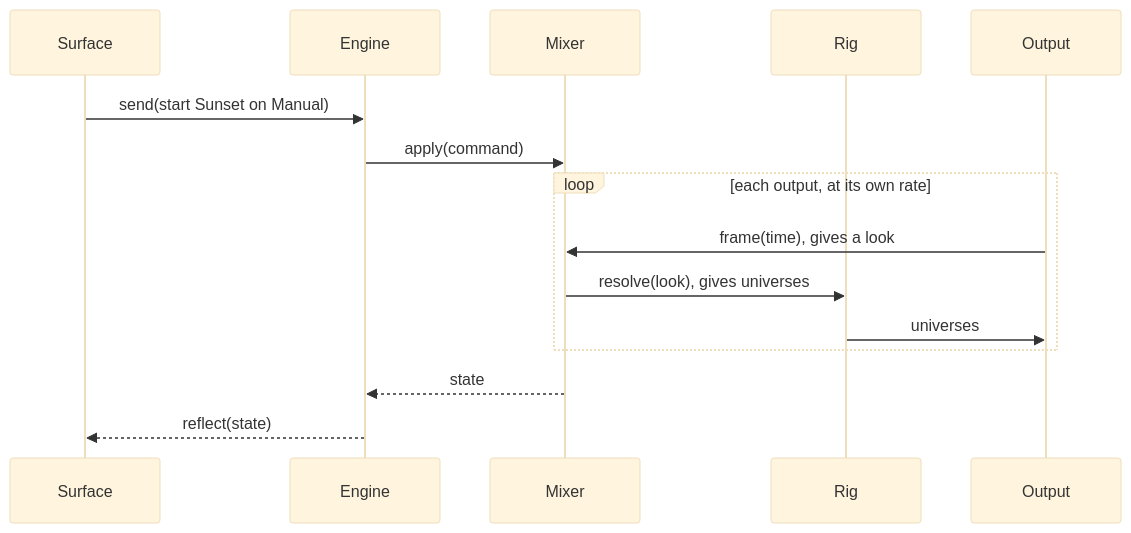
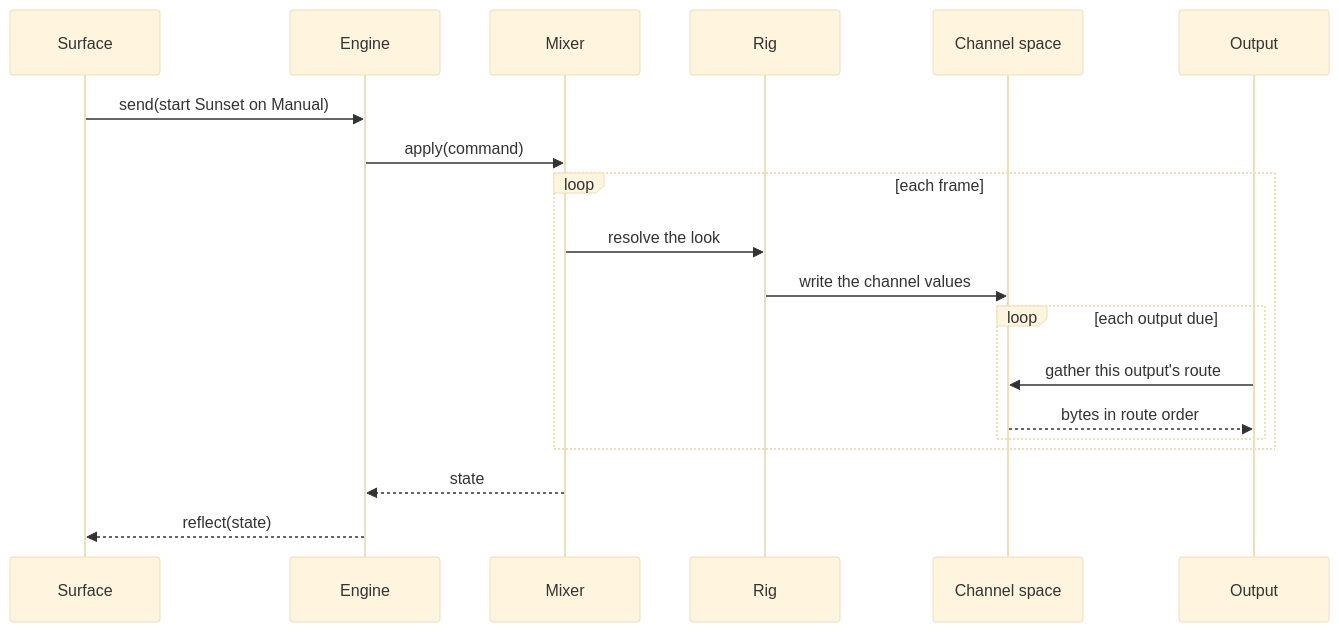
Before and after one commit to abossard/bossylights: the fourth of 5 diagrams in docs/design/modules.md, drawn with Mermaid (base theme). The commit also changed other lines of this file and 11 other files, not shown here.

````diff
--- a/docs/design/modules.md
+++ b/docs/design/modules.md
@@ -123,17 +123,21 @@
 ```mermaid
 sequenceDiagram
   participant S as Surface
   participant D as Engine
   participant M as Mixer
   participant R as Rig
+  participant C as Channel space
   participant O as Output
   S->>D: send(start Sunset on Manual)
   D->>M: apply(command)
-  loop each output, at its own rate
-    O->>M: frame(time), gives a look
-    M->>R: resolve(look), gives universes
-    R->>O: universes
+  loop each frame
+    M->>R: resolve the look
+    R->>C: write the channel values
+    loop each output due
+      O->>C: gather this output's route
+      C-->>O: bytes in route order
+    end
   end
   M-->>D: state
   D-->>S: reflect(state)
 ```
````
